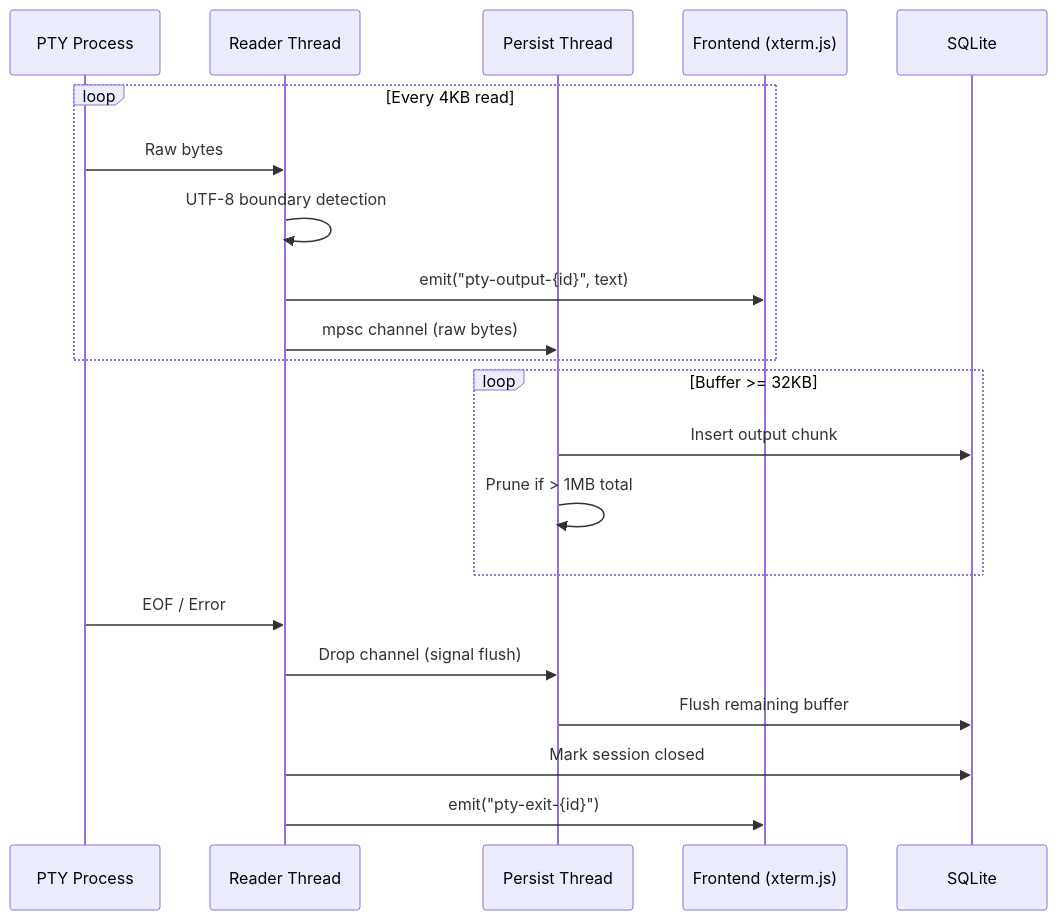
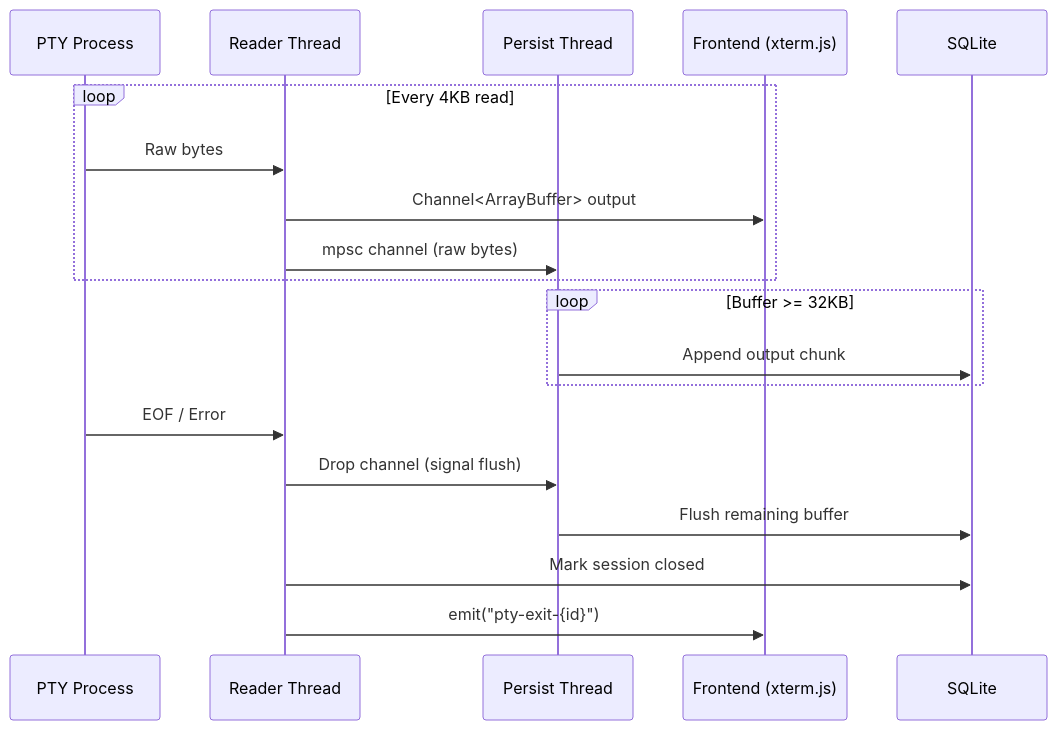
One commit to AkaraChen/2code changed the second of 5 diagrams in docs/data-flow.md. Above: the diagram before and after it, drawn with Mermaid. The commit also changed 21 other files, not shown here.

Commit message:
fix(terminal): stabilize pty output streaming

````diff
--- a/docs/data-flow.md
+++ b/docs/data-flow.md
@@ -52,26 +52,24 @@
 ```mermaid
 sequenceDiagram
     participant PTY as PTY Process
     participant RT as Reader Thread
     participant PT as Persist Thread
     participant FE as Frontend (xterm.js)
     participant DB as SQLite
 
     loop Every 4KB read
         PTY->>RT: Raw bytes
-        RT->>RT: UTF-8 boundary detection
-        RT->>FE: emit("pty-output-{id}", text)
+        RT->>FE: Channel<ArrayBuffer> output
         RT->>PT: mpsc channel (raw bytes)
     end
 
     loop Buffer >= 32KB
-        PT->>DB: Insert output chunk
-        PT->>PT: Prune if > 1MB total
+        PT->>DB: Append output chunk
     end
 
     PTY->>RT: EOF / Error
     RT->>PT: Drop channel (signal flush)
     PT->>DB: Flush remaining buffer
     RT->>DB: Mark session closed
     RT->>FE: emit("pty-exit-{id}")
 ```
````
